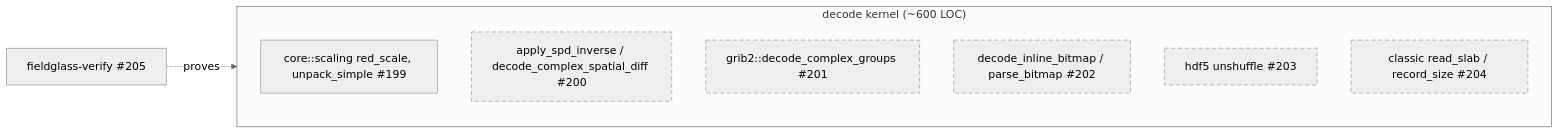
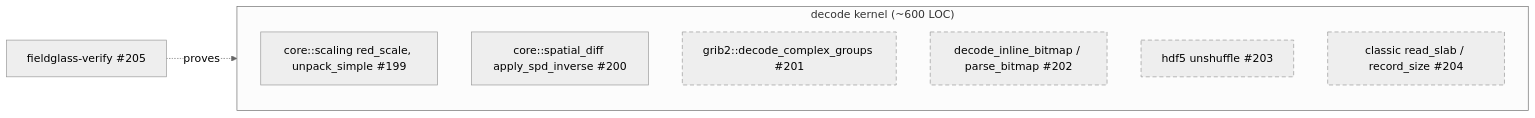
The sixth of 6 diagrams in docs/architecture/planned/02-trait-seams.md (D0ubleD0uble/fieldglass), drawn with Mermaid (neutral theme) before and after one commit. The commit also changed other lines of this file and 13 other files, not shown here.

````diff
--- a/docs/architecture/planned/02-trait-seams.md
+++ b/docs/architecture/planned/02-trait-seams.md
@@ -396,14 +397,14 @@
 ```mermaid
 flowchart LR
     subgraph kernel["decode kernel (~600 LOC)"]
         t1a["core::scaling red_scale, unpack_simple #199"]
-        t1b["apply_spd_inverse / decode_complex_spatial_diff #200"]
+        t1b["core::spatial_diff apply_spd_inverse #200"]
         t1c["grib2::decode_complex_groups #201"]
         t2a["decode_inline_bitmap / parse_bitmap #202"]
         t2b["hdf5 unshuffle #203"]
         t3["classic read_slab / record_size #204"]
     end
     verify["fieldglass-verify #205"] -. proves .-> kernel
     classDef planned stroke-dasharray: 6 4
-    class t1b,t1c,t2a,t2b,t3 planned
+    class t1c,t2a,t2b,t3 planned
 ```
````
